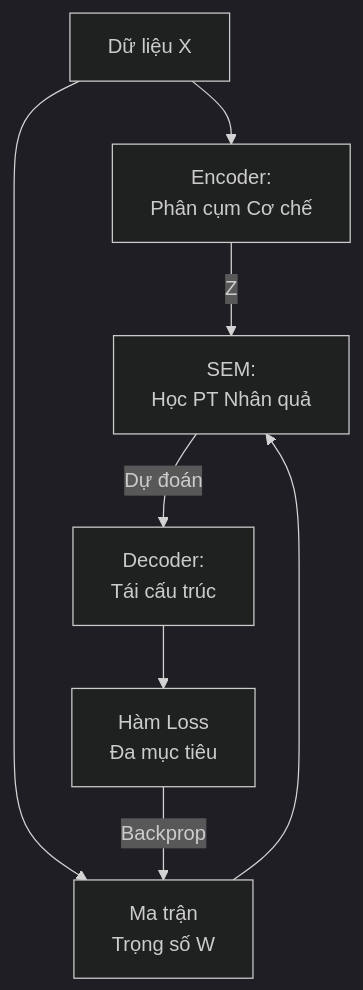
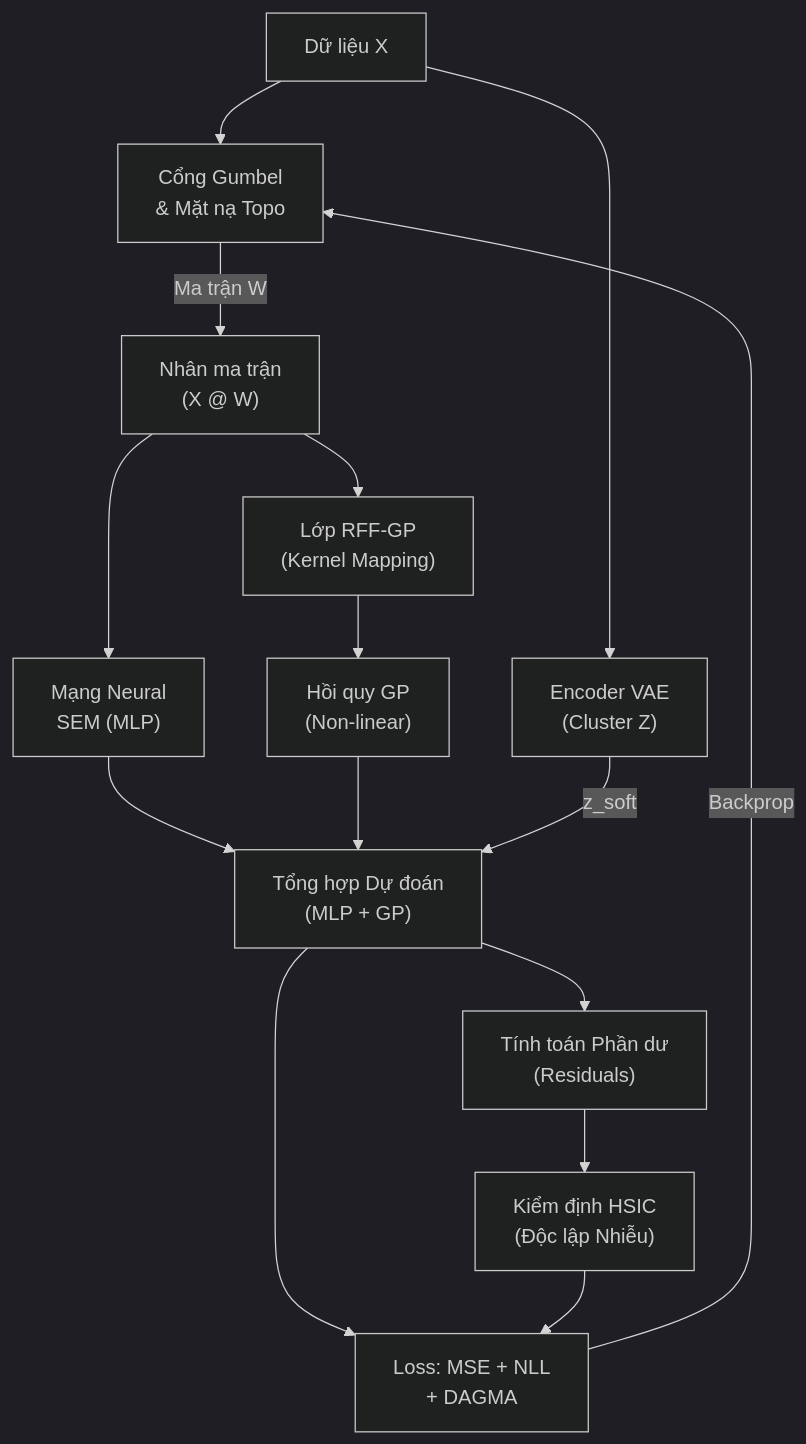
The second of 5 diagrams in docx/Chuong3_MoHinhDeepANM.md (manhthai1706/DeepANM), drawn with Mermaid (dark theme) before and after one commit. The commit also changed other lines of this file, not shown here.

Commit message:
docs: redraw detailed GPPOM-HSIC architecture diagram

````diff
--- a/docx/Chuong3_MoHinhDeepANM.md
+++ b/docx/Chuong3_MoHinhDeepANM.md
@@ -97,10 +97,23 @@
 ```mermaid
 graph TD
-    Input["Dữ liệu X"] --> Encoder["Encoder:<br/>Phân cụm Cơ chế"]
-    Input --> Mask["Ma trận<br/>Trọng số W"]
-    Mask --> SEM["SEM:<br/>Học PT Nhân quả"]
-    Encoder -->|Z| SEM
-    SEM -->|"Dự đoán"| Decoder["Decoder:<br/>Tái cấu trúc"]
-    Decoder --> Output["Hàm Loss<br/>Đa mục tiêu"]
-    Output -->|Backprop| Mask
+    In["Dữ liệu X"] --> Mask["Cổng Gumbel<br/>& Mặt nạ Topo"]
+    In --> Encoder["Encoder VAE<br/>(Cluster Z)"]
+    
+    Mask -->|"Ma trận W"| Dot["Nhân ma trận<br/>(X @ W)"]
+    Dot --> SEM["Mạng Neural<br/>SEM (MLP)"]
+    
+    Dot --> RFF["Lớp RFF-GP<br/>(Kernel Mapping)"]
+    RFF --> GP_Head["Hồi quy GP<br/>(Non-linear)"]
+    
+    SEM --> Sum["Tổng hợp Dự đoán<br/>(MLP + GP)"]
+    GP_Head --> Sum
+    Encoder -->|z_soft| Sum
+    
+    Sum --> Res["Tính toán Phần dư<br/>(Residuals)"]
+    Sum --> Loss["Loss: MSE + NLL<br/>+ DAGMA"]
+    
+    Res --> HSIC["Kiểm định HSIC<br/>(Độc lập Nhiễu)"]
+    HSIC --> Loss
+    
+    Loss -->|"Backprop"| Mask
 ```
````
